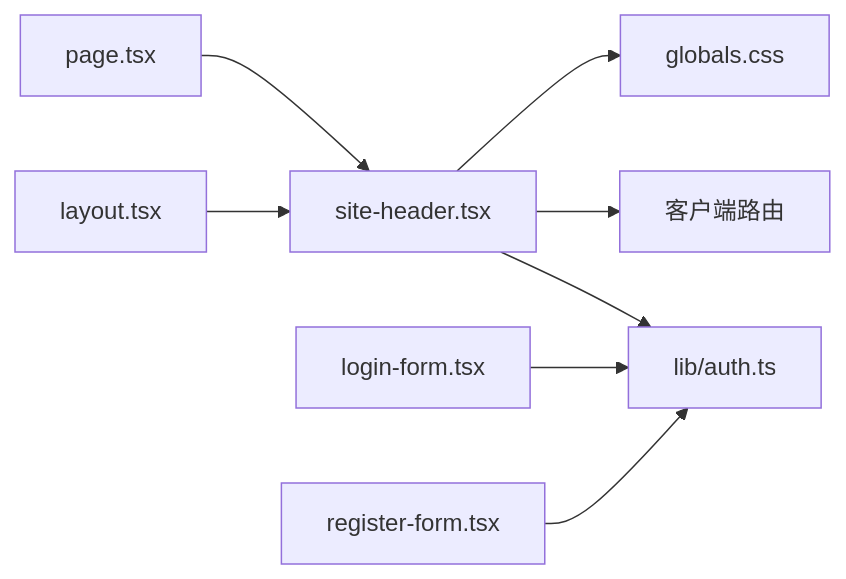
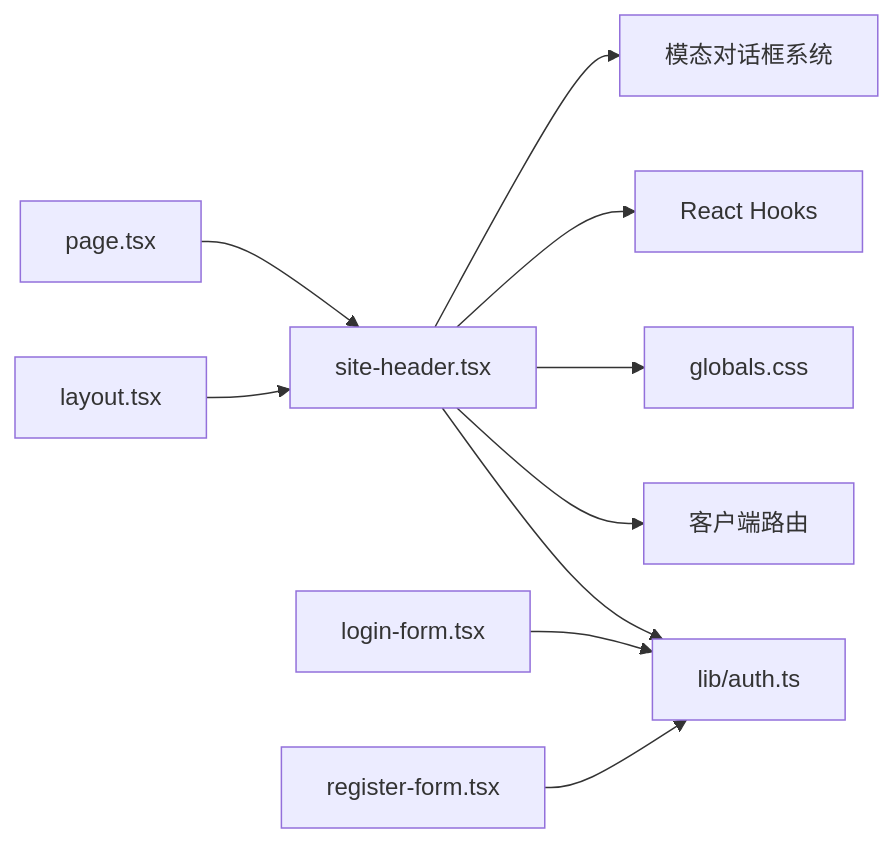
Before and after one commit to wangzihao64/RAG_Front: the fifth of 5 diagrams in .qoder/repowiki/zh/content/组件库/站点头部组件.md, drawn with Mermaid. The commit also changed other lines of this file and 29 other files, not shown here.

````diff
--- a/.qoder/repowiki/zh/content/组件库/站点头部组件.md
+++ b/.qoder/repowiki/zh/content/组件库/站点头部组件.md
@@ -241,10 +312,12 @@
 ```mermaid
 graph LR
 Header["site-header.tsx"] --> Auth["lib/auth.ts"]
 Header --> Router["客户端路由"]
 Header --> Styles["globals.css"]
+Header --> ReactHooks["React Hooks"]
+Header --> ModalSystem["模态对话框系统"]
 Layout["layout.tsx"] --> Header
 Pages["page.tsx"] --> Header
 Login["login-form.tsx"] --> Auth
 Register["register-form.tsx"] --> Auth
 ```
````
